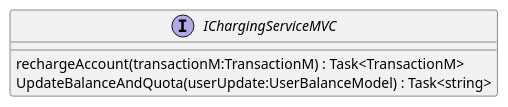
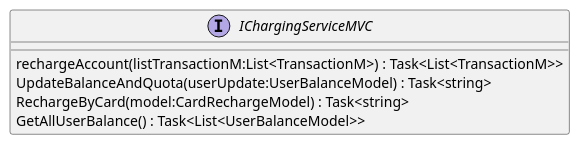
One commit to Poluux/ArchitectureProject changed the diagram in generatedPuml/MVC_ArchitectureProject/Services/IChargingServiceMVC.puml. Above: the diagram before and after it, drawn with PlantUML. The commit also changed 32 other files, not shown here.

```diff
--- a/generatedPuml/MVC_ArchitectureProject/Services/IChargingServiceMVC.puml
+++ b/generatedPuml/MVC_ArchitectureProject/Services/IChargingServiceMVC.puml
@@ -1,6 +1,8 @@
 @startuml
 interface IChargingServiceMVC {
-    rechargeAccount(transactionM:TransactionM) : Task<TransactionM>
+    rechargeAccount(listTransactionM:List<TransactionM>) : Task<List<TransactionM>>
     UpdateBalanceAndQuota(userUpdate:UserBalanceModel) : Task<string>
+    RechargeByCard(model:CardRechargeModel) : Task<string>
+    GetAllUserBalance() : Task<List<UserBalanceModel>>
 }
 @enduml
```
